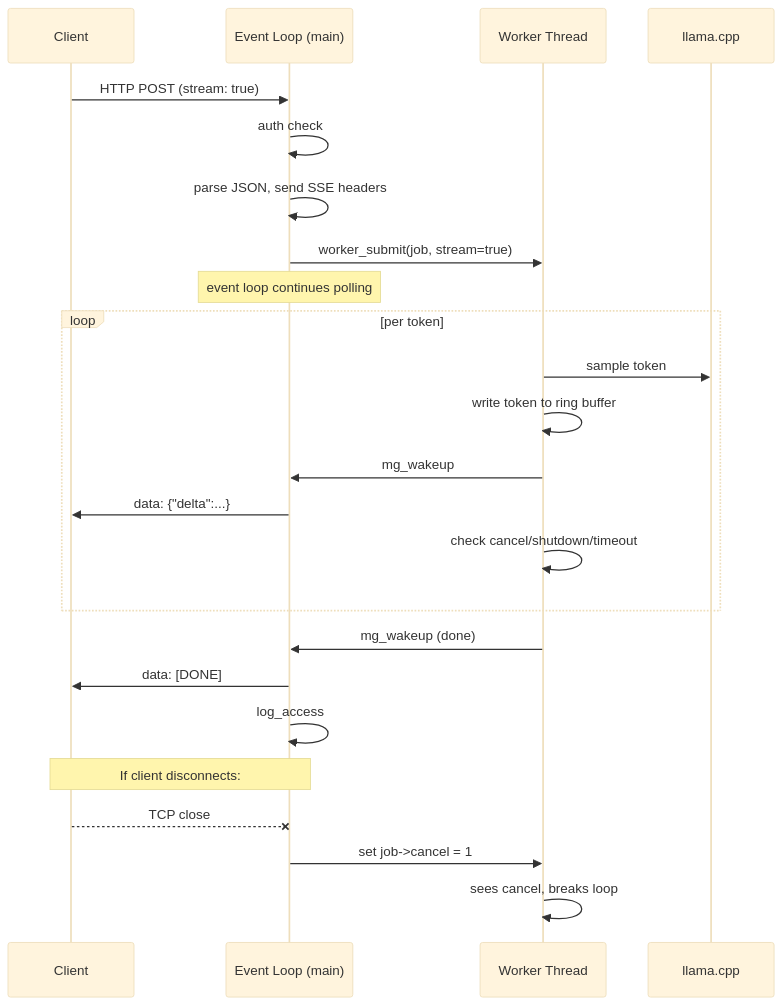
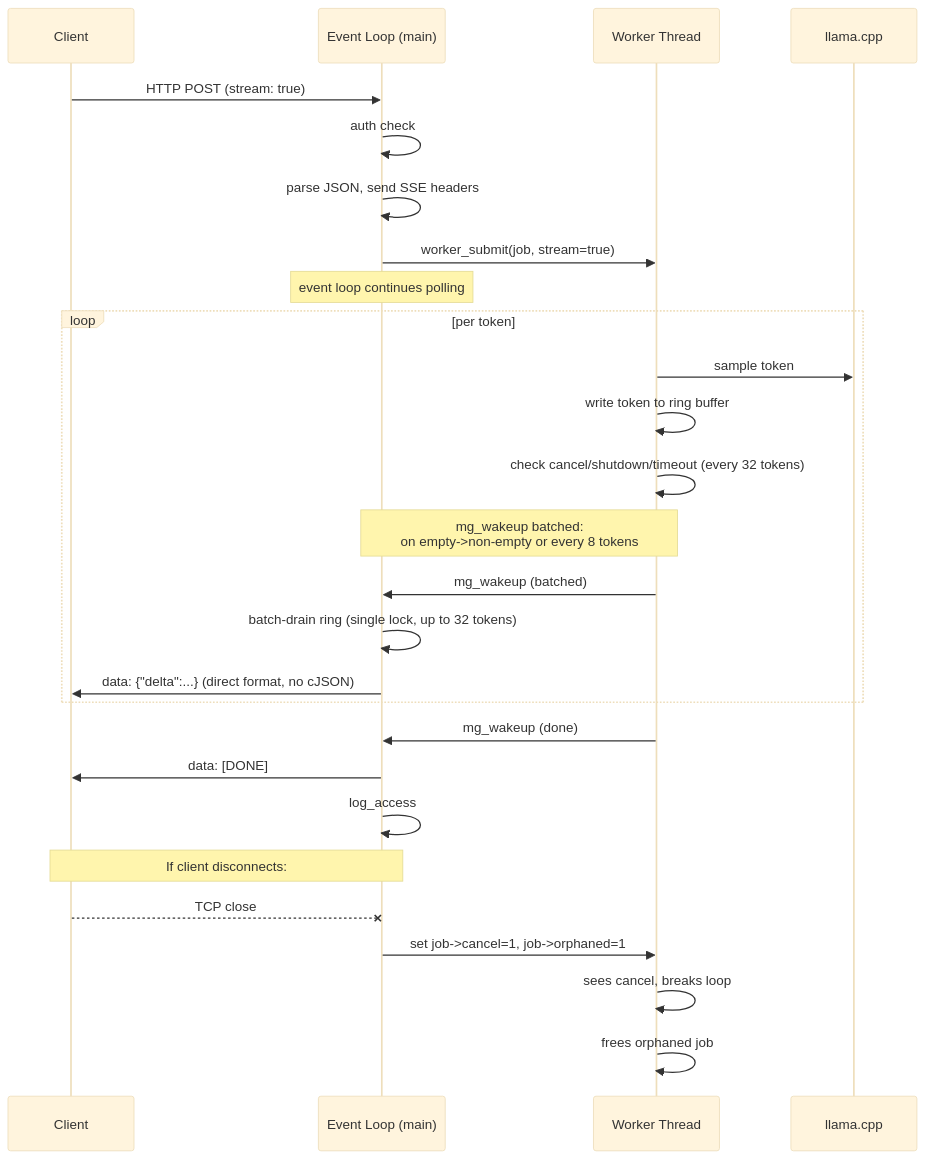
Before and after one commit to rondilley/ProfessorAI: the fifth of 10 diagrams in doc/ARCHITECTURE.md, drawn with Mermaid (base theme). The commit also changed other lines of this file and 17 other files, not shown here.

````diff
--- a/doc/ARCHITECTURE.md
+++ b/doc/ARCHITECTURE.md
@@ -160,30 +160,33 @@
 ```mermaid
 sequenceDiagram
     participant C as Client
     participant EV as Event Loop (main)
     participant W as Worker Thread
     participant L as llama.cpp
 
     C->>EV: HTTP POST (stream: true)
     EV->>EV: auth check
     EV->>EV: parse JSON, send SSE headers
     EV->>W: worker_submit(job, stream=true)
     Note over EV: event loop continues polling
 
     loop per token
         W->>L: sample token
         W->>W: write token to ring buffer
-        W->>EV: mg_wakeup
-        EV->>C: data: {"delta":...}
-        W->>W: check cancel/shutdown/timeout
+        W->>W: check cancel/shutdown/timeout (every 32 tokens)
+        Note over W,EV: mg_wakeup batched:<br/>on empty->non-empty or every 8 tokens
+        W->>EV: mg_wakeup (batched)
+        EV->>EV: batch-drain ring (single lock, up to 32 tokens)
+        EV->>C: data: {"delta":...} (direct format, no cJSON)
     end
 
     W->>EV: mg_wakeup (done)
     EV->>C: data: [DONE]
     EV->>EV: log_access
 
     Note over EV,C: If client disconnects:
     C--xEV: TCP close
-    EV->>W: set job->cancel = 1
+    EV->>W: set job->cancel=1, job->orphaned=1
     W->>W: sees cancel, breaks loop
+    W->>W: frees orphaned job
 ```
````
